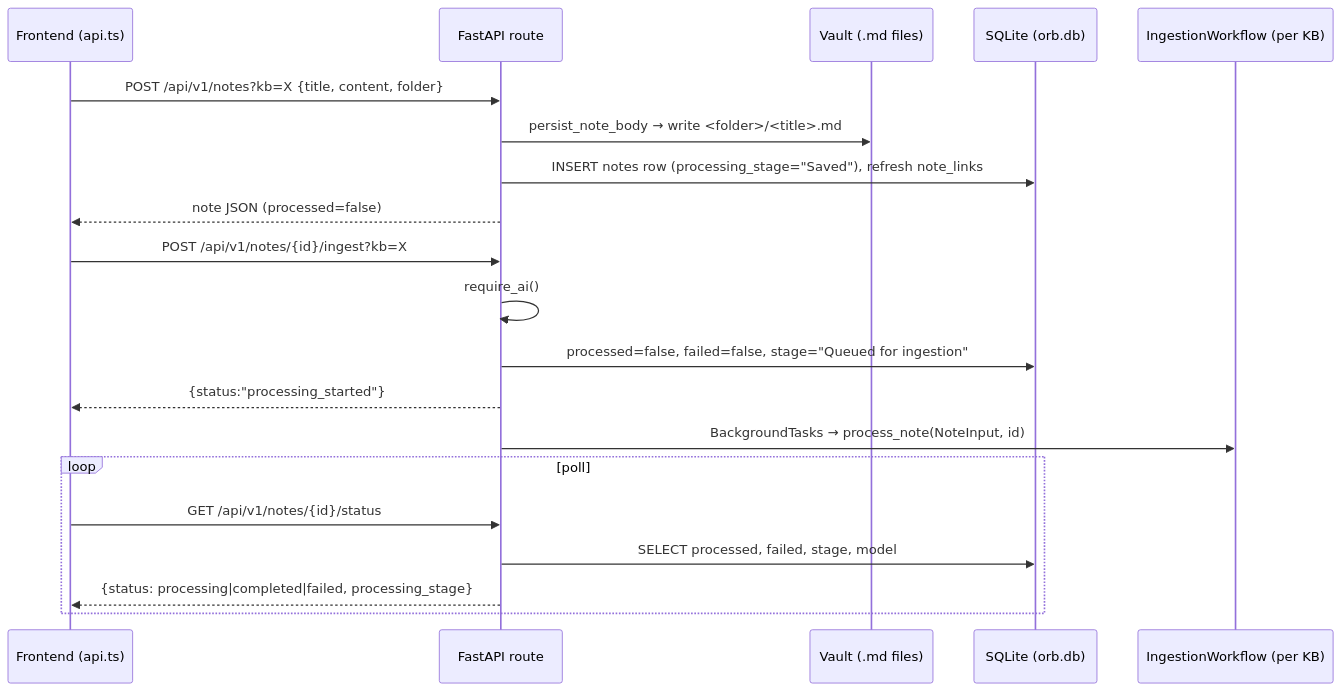
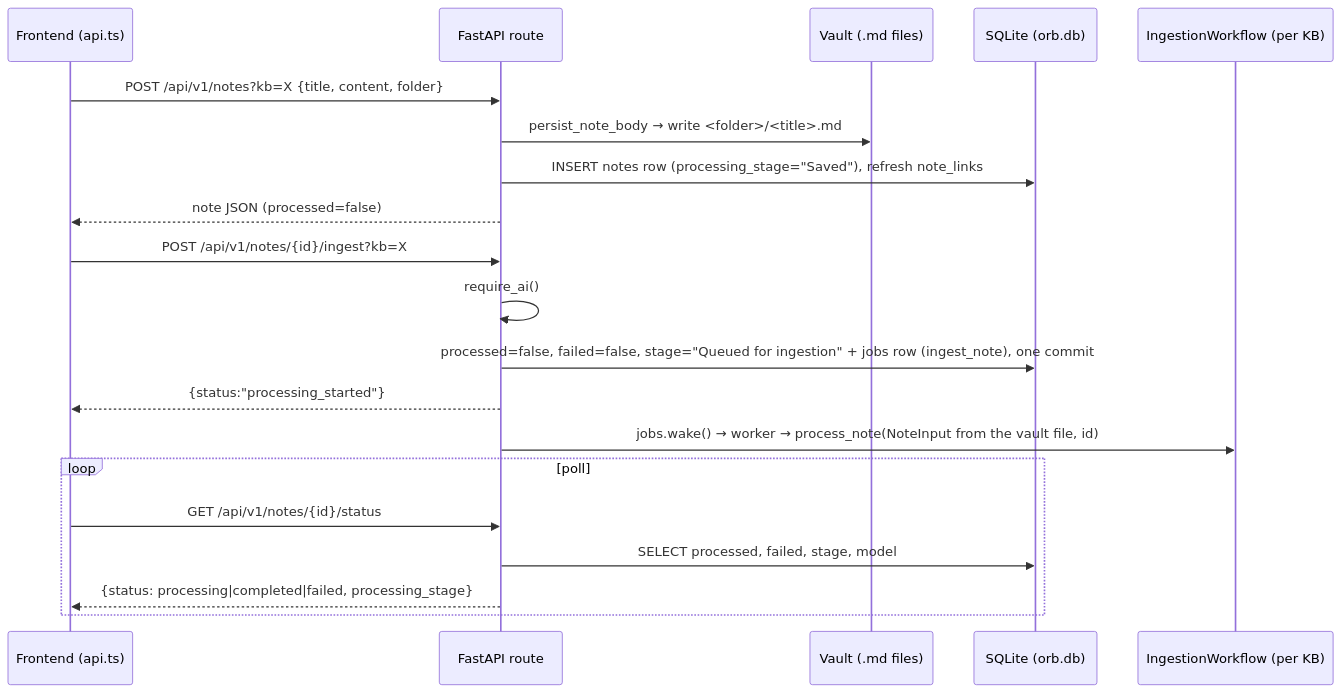
The first of 2 diagrams in Docs/07-api-reference.md (josetseph/Orb), drawn with Mermaid before and after one commit. The commit also changed other lines of this file and 60 other files, not shown here.

````diff
--- a/Docs/07-api-reference.md
+++ b/Docs/07-api-reference.md
@@ -284,22 +286,22 @@
 ```mermaid
 sequenceDiagram
     participant UI as Frontend (api.ts)
     participant API as FastAPI route
     participant FS as Vault (.md files)
     participant DB as SQLite (orb.db)
     participant WF as IngestionWorkflow (per KB)
     UI->>API: POST /api/v1/notes?kb=X {title, content, folder}
     API->>FS: persist_note_body → write <folder>/<title>.md
     API->>DB: INSERT notes row (processing_stage="Saved"), refresh note_links
     API-->>UI: note JSON (processed=false)
     UI->>API: POST /api/v1/notes/{id}/ingest?kb=X
     API->>API: require_ai()
-    API->>DB: processed=false, failed=false, stage="Queued for ingestion"
+    API->>DB: processed=false, failed=false, stage="Queued for ingestion" + jobs row (ingest_note), one commit
     API-->>UI: {status:"processing_started"}
-    API->>WF: BackgroundTasks → process_note(NoteInput, id)
+    API->>WF: jobs.wake() → worker → process_note(NoteInput from the vault file, id)
     loop poll
         UI->>API: GET /api/v1/notes/{id}/status
         API->>DB: SELECT processed, failed, stage, model
         API-->>UI: {status: processing|completed|failed, processing_stage}
     end
 ```
````
